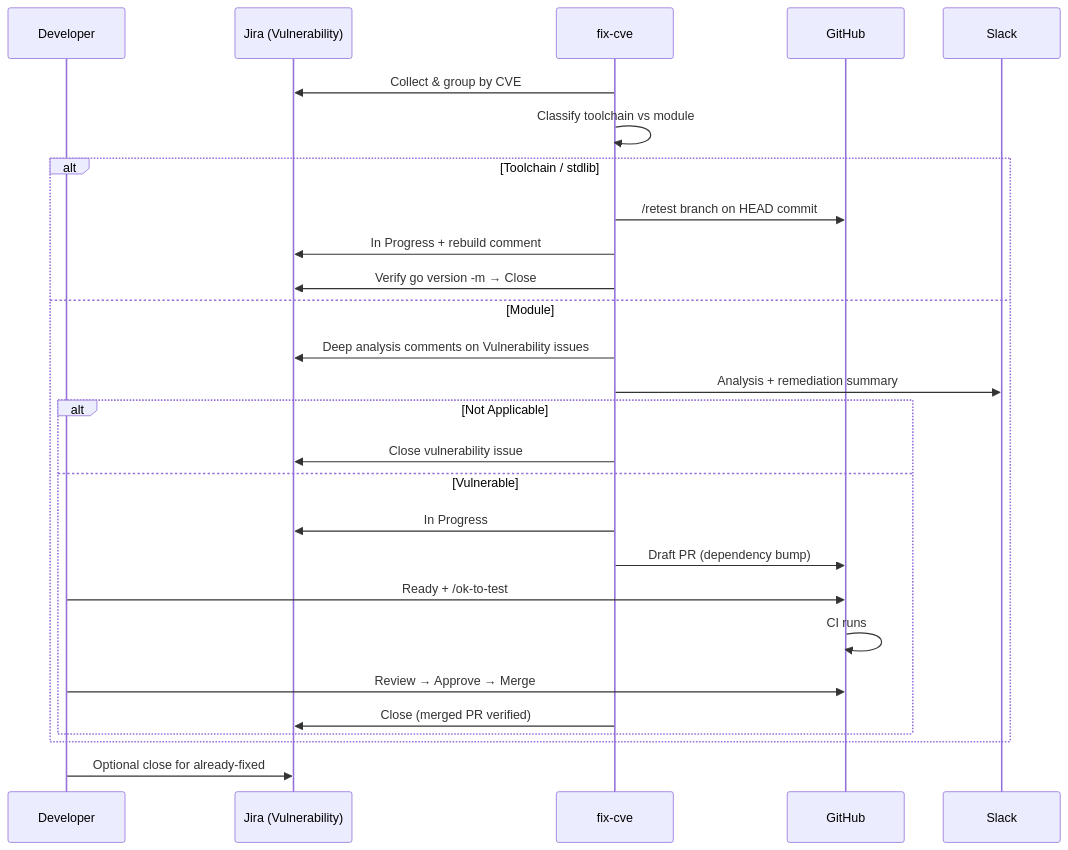
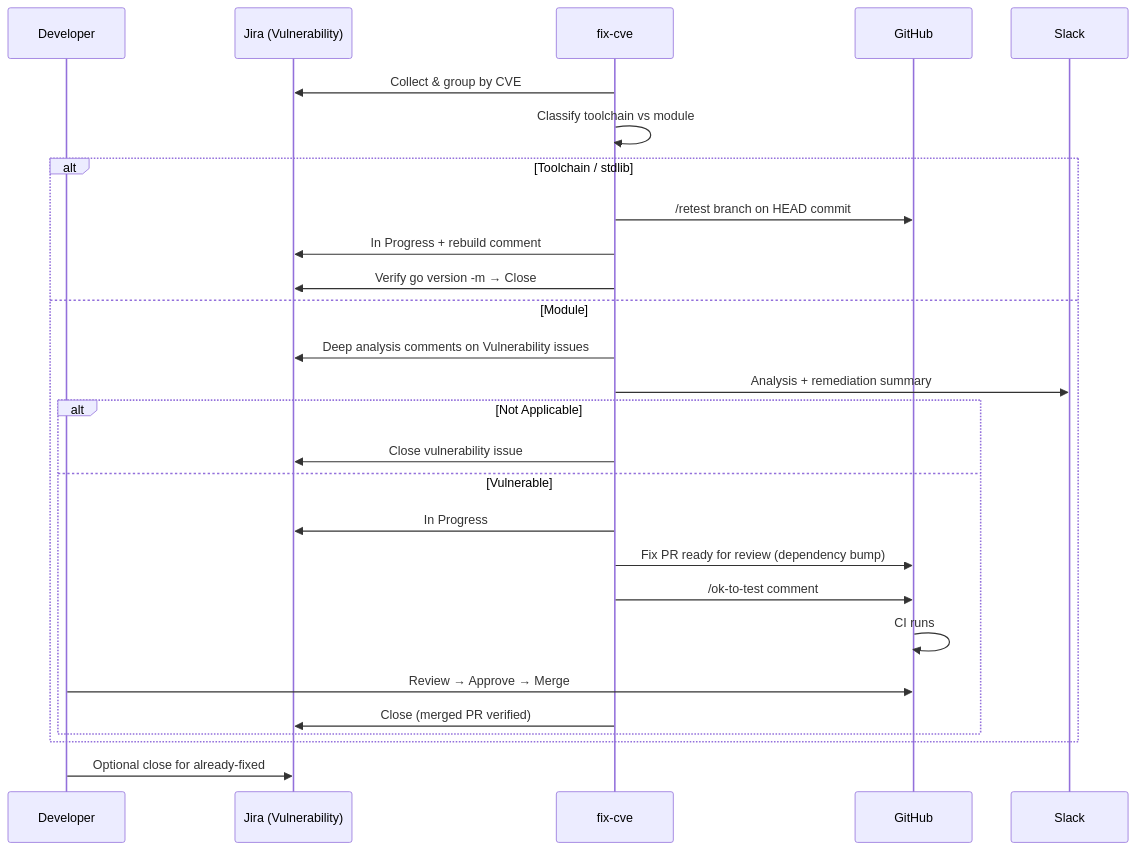
One commit to rokej/server-foundation-agent changed the second of 2 diagrams in docs/automated-cve-fix-developer-guide.md. Above: the diagram before and after it, drawn with Mermaid. The commit also changed other lines of this file and 7 other files, not shown here.

First line of the commit message:
feat(cve): create fix PRs ready for review with automatic /ok-to-test

````diff
--- a/docs/automated-cve-fix-developer-guide.md
+++ b/docs/automated-cve-fix-developer-guide.md
@@ -121,30 +125,30 @@
 ```mermaid
 sequenceDiagram
   participant Dev as Developer
   participant Jira as Jira (Vulnerability)
   participant CVE as fix-cve
   participant GH as GitHub
   participant Slack as Slack
 
   CVE->>Jira: Collect & group by CVE
   CVE->>CVE: Classify toolchain vs module
   alt Toolchain / stdlib
     CVE->>GH: /retest branch on HEAD commit
     CVE->>Jira: In Progress + rebuild comment
     CVE->>Jira: Verify go version -m → Close
   else Module
     CVE->>Jira: Deep analysis comments on Vulnerability issues
     CVE->>Slack: Analysis + remediation summary
     alt Not Applicable
       CVE->>Jira: Close vulnerability issue
     else Vulnerable
       CVE->>Jira: In Progress
-      CVE->>GH: Draft PR (dependency bump)
-      Dev->>GH: Ready + /ok-to-test
+      CVE->>GH: Fix PR ready for review (dependency bump)
+      CVE->>GH: /ok-to-test comment
       GH->>GH: CI runs
       Dev->>GH: Review → Approve → Merge
       CVE->>Jira: Close (merged PR verified)
     end
   end
   Dev->>Jira: Optional close for already-fixed
 ```
````
